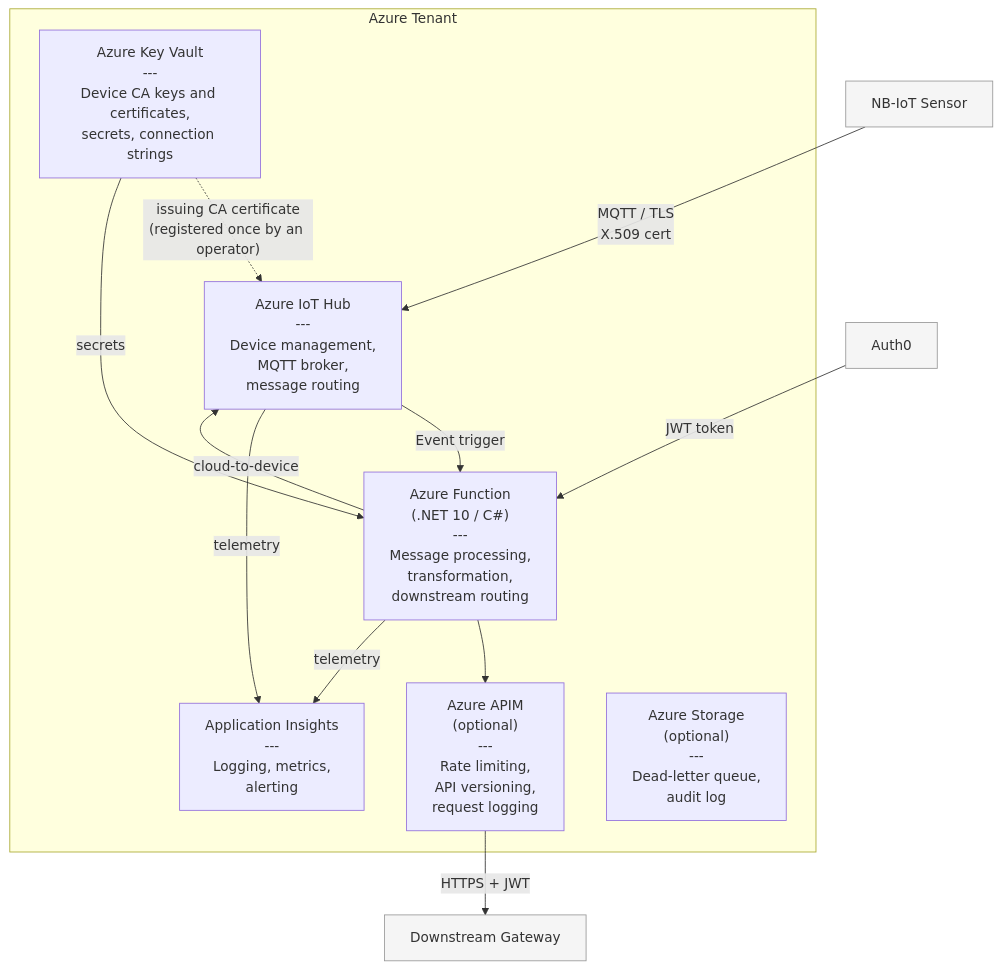
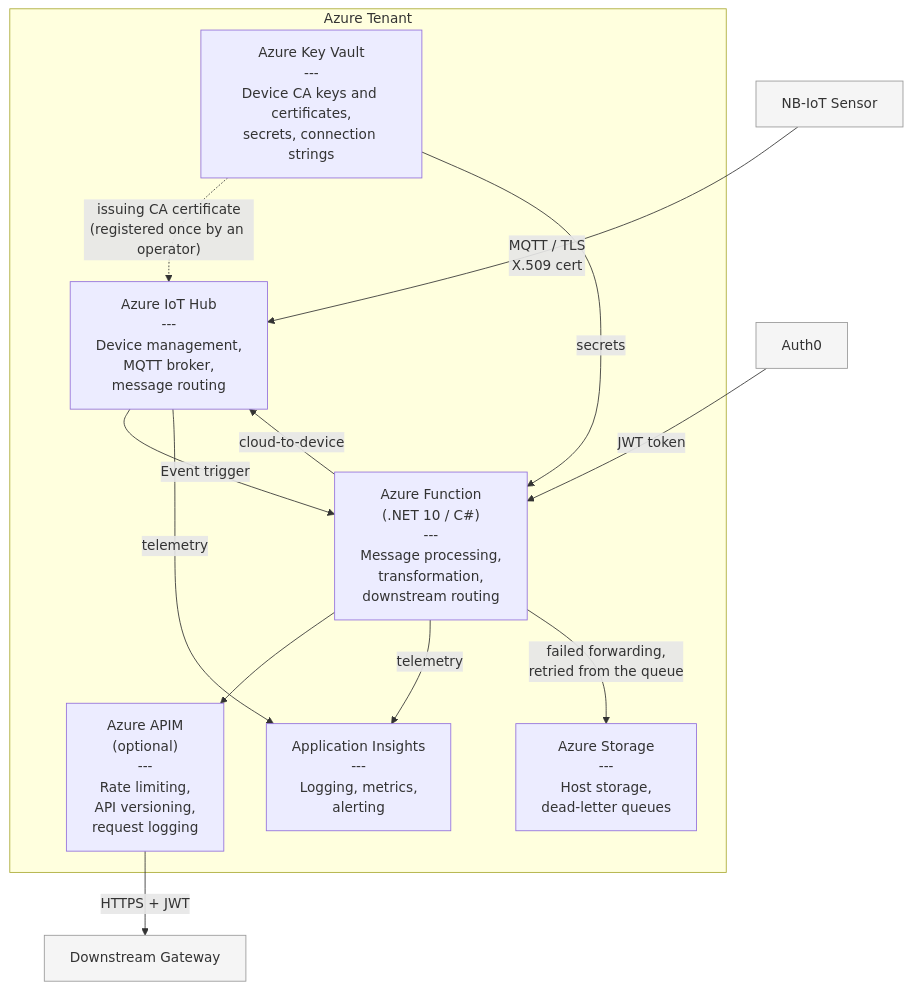
Before and after one commit to asnielsen789/IIoT-platform: the second of 5 diagrams in docs/architecture.md, drawn with Mermaid. The commit also changed other lines of this file and 1 other file, not shown here.

First line of the commit message:
docs: describe dead-letter handling in the gateway contract and architecture

````diff
--- a/docs/architecture.md
+++ b/docs/architecture.md
@@ -38,33 +38,34 @@
 ```mermaid
 graph TB
     sensor["NB-IoT Sensor"] -- "MQTT / TLS<br/>X.509 cert" --> iothub
 
     subgraph azure ["Azure Tenant"]
         iothub["Azure IoT Hub<br/>---<br/>Device management,<br/>MQTT broker,<br/>message routing"]
 
         keyvault["Azure Key Vault<br/>---<br/>Device CA keys and certificates,<br/>secrets, connection strings"]
 
         function["Azure Function<br/>(.NET 10 / C#)<br/>---<br/>Message processing,<br/>transformation,<br/>downstream routing"]
 
         apim["Azure APIM<br/>(optional)<br/>---<br/>Rate limiting,<br/>API versioning,<br/>request logging"]
 
         monitor["Application Insights<br/>---<br/>Logging, metrics,<br/>alerting"]
 
-        storage["Azure Storage<br/>(optional)<br/>---<br/>Dead-letter queue,<br/>audit log"]
+        storage["Azure Storage<br/>---<br/>Host storage,<br/>dead-letter queues"]
     end
 
     iothub -- "Event trigger" --> function
     keyvault -. "issuing CA certificate<br/>(registered once by an operator)" .-> iothub
     keyvault -- "secrets" --> function
     function --> apim
     function -- "telemetry" --> monitor
+    function -- "failed forwarding,<br/>retried from the queue" --> storage
     iothub -- "telemetry" --> monitor
 
     auth0["Auth0"] -- "JWT token" --> function
 
     apim -- "HTTPS + JWT" --> gw["Downstream Gateway"]
     function -- "cloud-to-device" --> iothub
 
     classDef external fill:#f5f5f5,stroke:#999
     class sensor,auth0,gw external
 ```
````
